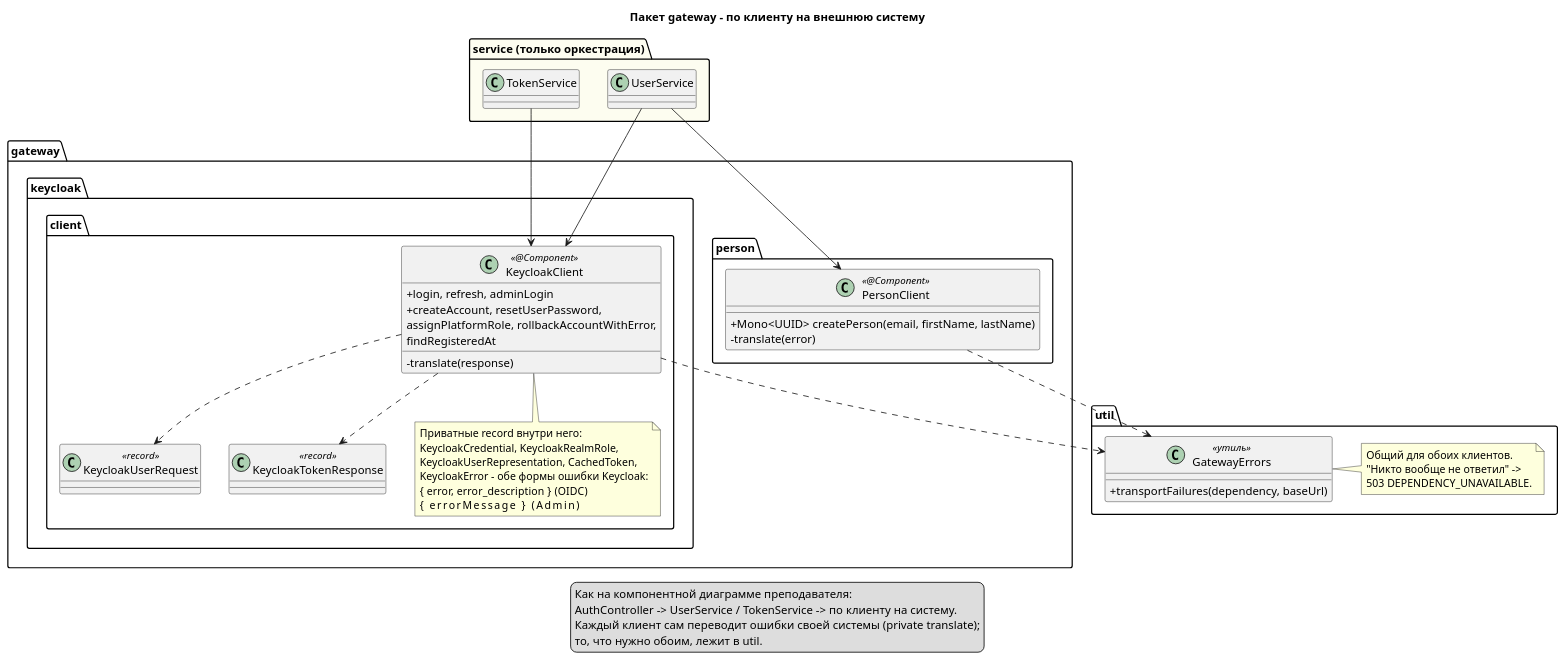
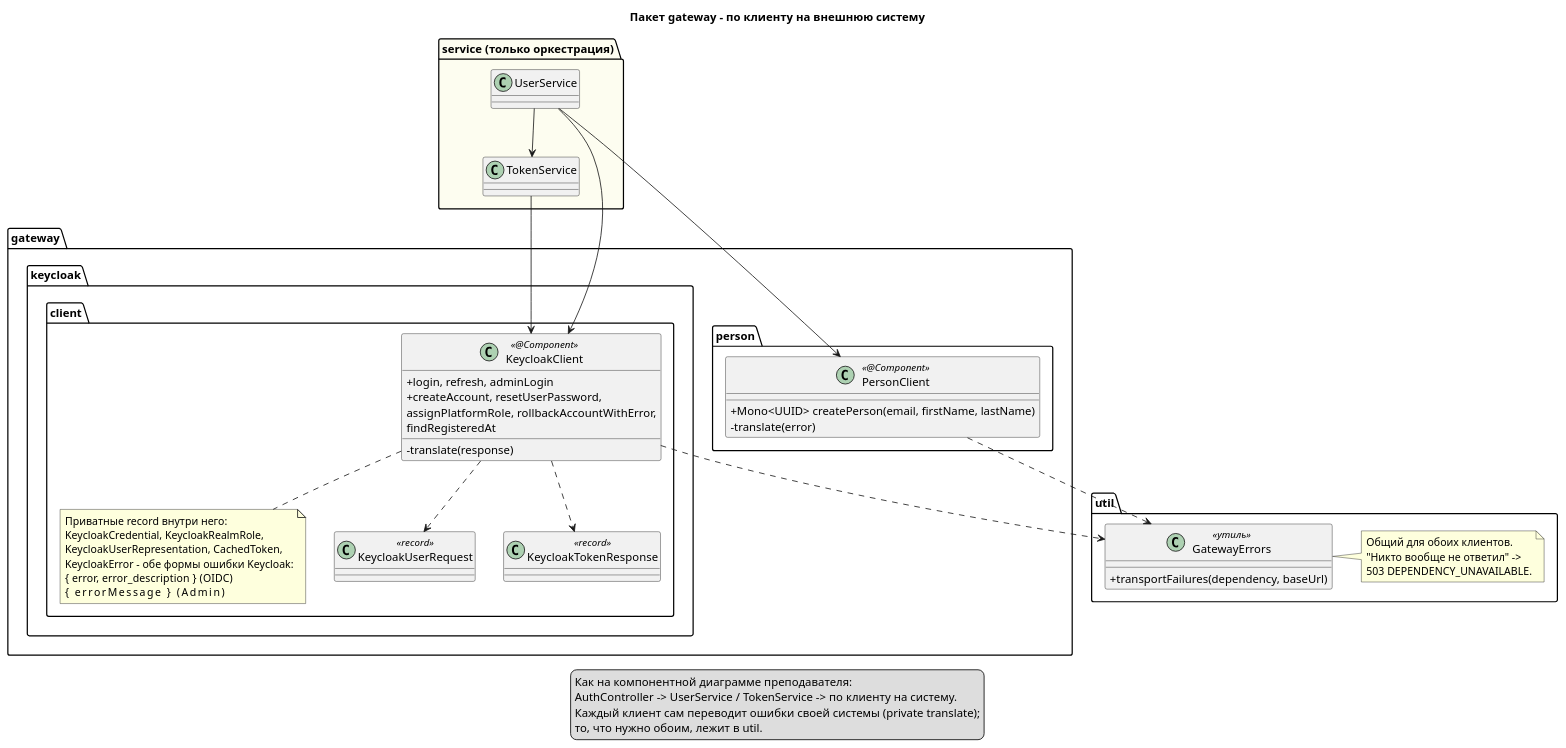
Before and after one commit to dezxxx/payment-platform: the second of 4 diagrams in docs/puml-ru/gateway-flow.puml, drawn with PlantUML. The commit also changed other lines of this file and 21 other files, not shown here.

First line of the commit message:
feat: name every scenario step as a span and issue tokens through TokenService

```diff
--- a/docs/puml-ru/gateway-flow.puml
+++ b/docs/puml-ru/gateway-flow.puml
@@ -127,69 +129,70 @@
 @startuml gateway-structure
 title Пакет gateway - по клиенту на внешнюю систему
 
 skinparam shadowing false
 skinparam classAttributeIconSize 0
 
 package "service (только оркестрация)" #FDFDF0 {
   class UserService
   class TokenService
 }
 
 package gateway {
 
   package "gateway.person" {
     class PersonClient <<@Component>> {
       + Mono<UUID> createPerson(email, firstName, lastName)
       - translate(error)
     }
   }
 
   package "gateway.keycloak.client" {
     class KeycloakClient <<@Component>> {
       + login, refresh, adminLogin
       + createAccount, resetUserPassword,
         assignPlatformRole, rollbackAccountWithError,
         findRegisteredAt
       - translate(response)
     }
     class KeycloakUserRequest <<record>>
     class KeycloakTokenResponse <<record>>
     note bottom of KeycloakClient
       Приватные record внутри него:
       KeycloakCredential, KeycloakRealmRole,
       KeycloakUserRepresentation, CachedToken,
       KeycloakError - обе формы ошибки Keycloak:
       { error, error_description }  (OIDC)
       { errorMessage }              (Admin)
     end note
   }
 }
 
 package util {
   class GatewayErrors <<утиль>> {
     + transportFailures(dependency, baseUrl)
   }
   note right of GatewayErrors
     Общий для обоих клиентов.
     "Никто вообще не ответил" ->
     503 DEPENDENCY_UNAVAILABLE.
   end note
 }
 
 UserService --> PersonClient
 UserService --> KeycloakClient
+UserService --> TokenService
 TokenService --> KeycloakClient
 
 PersonClient ..> GatewayErrors
 KeycloakClient ..> GatewayErrors
 KeycloakClient ..> KeycloakUserRequest
 KeycloakClient ..> KeycloakTokenResponse
 
 legend bottom
   Как на компонентной диаграмме преподавателя:
   AuthController -> UserService / TokenService -> по клиенту на систему.
   Каждый клиент сам переводит ошибки своей системы (private translate);
   то, что нужно обоим, лежит в util.
 endlegend
 
 @enduml
```
